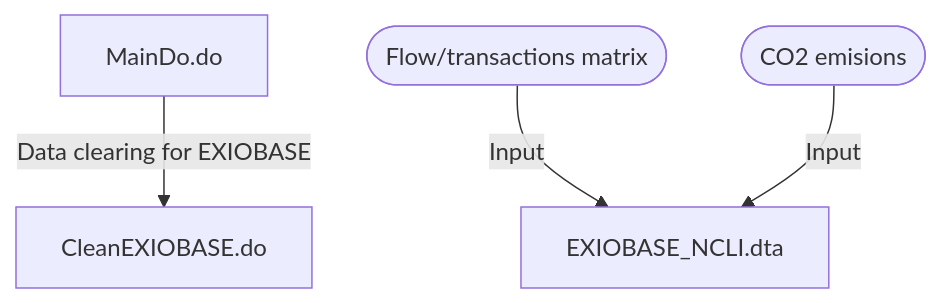
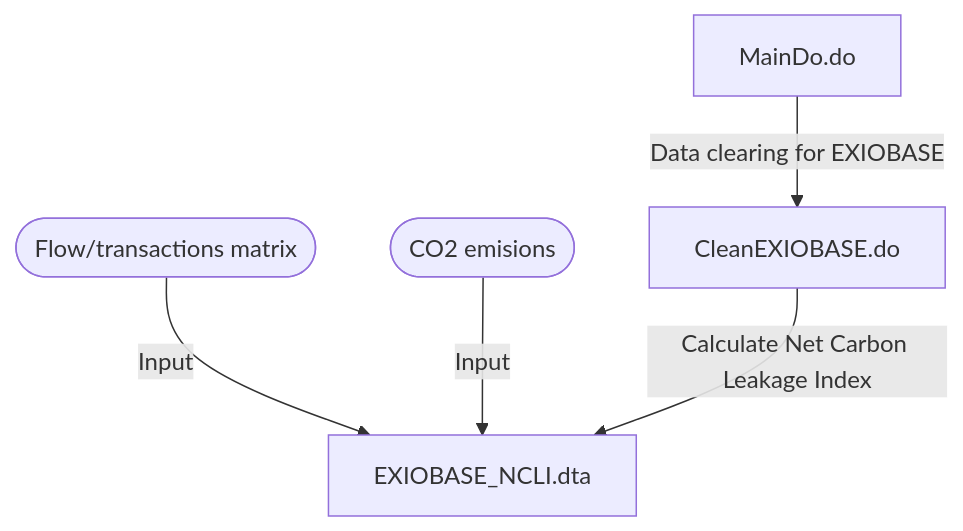
Before and after one commit to AkariOno/Trade_Carbon: the diagram in README.md, drawn with Mermaid.

````diff
--- a/README.md
+++ b/README.md
@@ -17,6 +17,7 @@
 ```mermaid
 graph TD;
     A[MainDo.do] --> |Data clearing for EXIOBASE|B[CleanEXIOBASE.do]
     C([Flow/transactions matrix]) --> |Input|D[EXIOBASE_NCLI.dta]
     E([CO2 emisions]) --> |Input|D
+    B --> |Calculate Net Carbon Leakage Index|D
 ```
````
